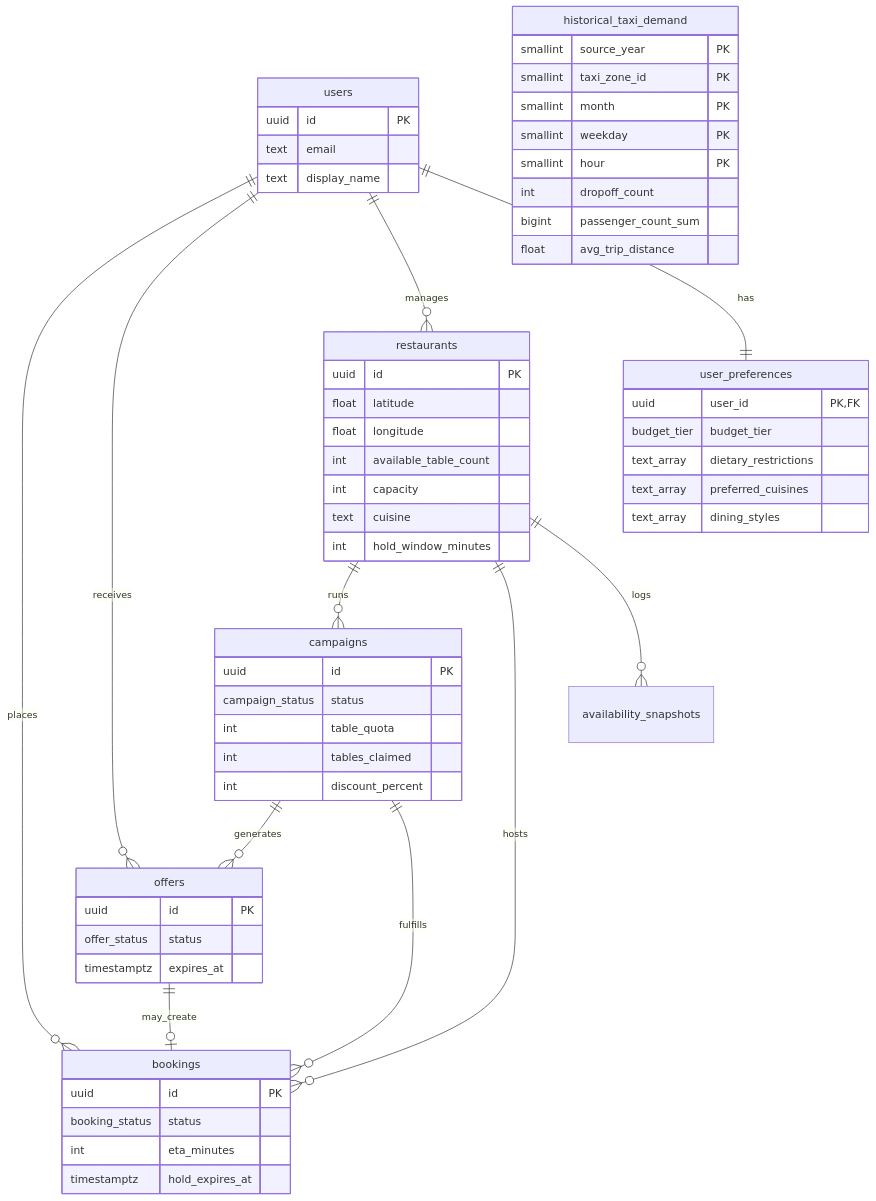
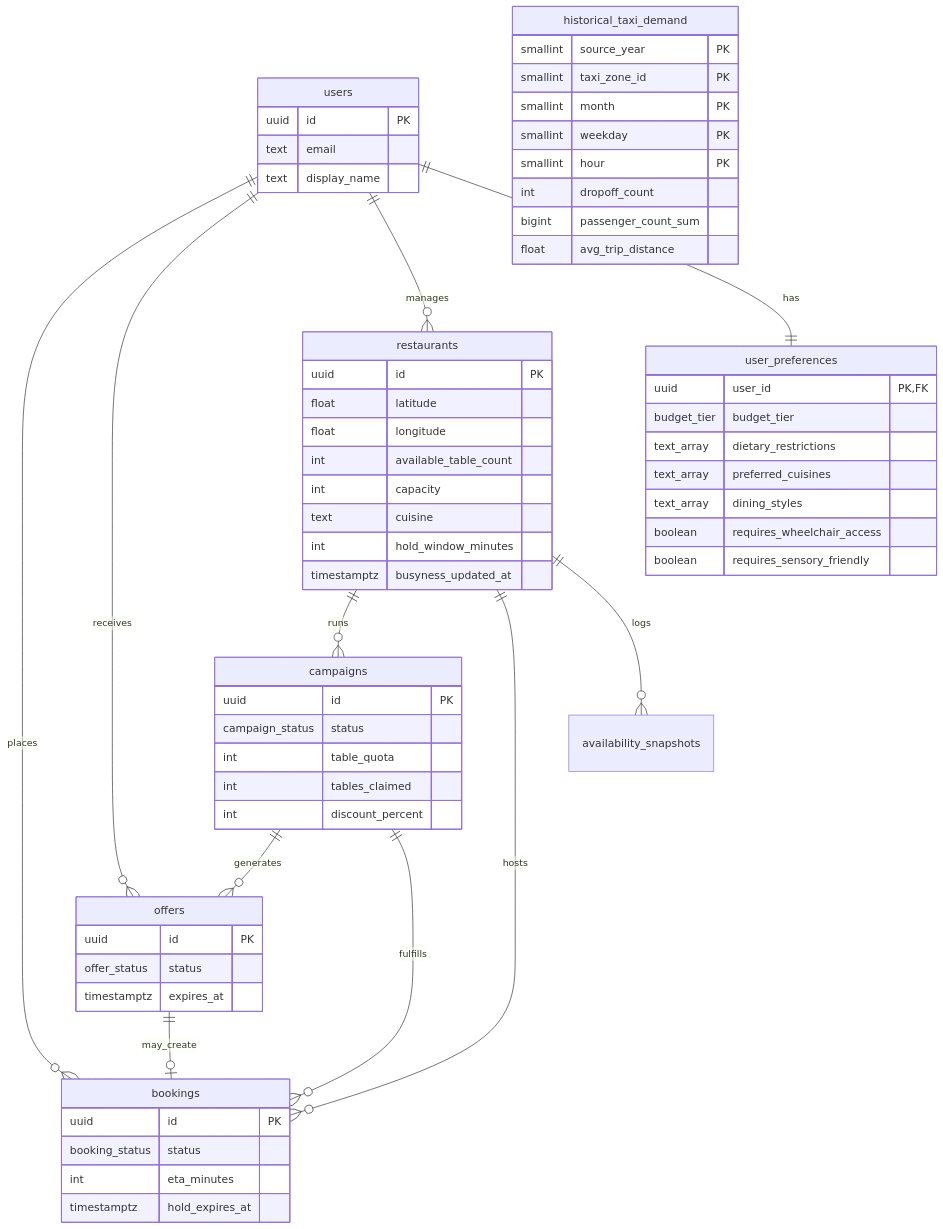
One commit to chukwuemekanwoke-jpg/comp47360-team2 changed the diagram in database/schema.md. Above: the diagram before and after it, drawn with Mermaid. The commit also changed other lines of this file and 1 other file, not shown here.

````diff
--- a/database/schema.md
+++ b/database/schema.md
@@ -7,69 +7,72 @@
 ```mermaid
 erDiagram
   users ||--o{ bookings : places
   users ||--o{ offers : receives
   users ||--o{ restaurants : manages
   users ||--|| user_preferences : has
   restaurants ||--o{ campaigns : runs
   restaurants ||--o{ bookings : hosts
   restaurants ||--o{ availability_snapshots : logs
   campaigns ||--o{ offers : generates
   campaigns ||--o{ bookings : fulfills
   offers ||--o| bookings : may_create
 
   users {
     uuid id PK
     text email
     text display_name
   }
 
   user_preferences {
     uuid user_id PK,FK
     budget_tier budget_tier
     text_array dietary_restrictions
     text_array preferred_cuisines
     text_array dining_styles
+    boolean requires_wheelchair_access
+    boolean requires_sensory_friendly
   }
 
   restaurants {
     uuid id PK
     float latitude
     float longitude
     int available_table_count
     int capacity
     text cuisine
     int hold_window_minutes
+    timestamptz busyness_updated_at
   }
 
   campaigns {
     uuid id PK
     campaign_status status
     int table_quota
     int tables_claimed
     int discount_percent
   }
 
   offers {
     uuid id PK
     offer_status status
     timestamptz expires_at
   }
 
   bookings {
     uuid id PK
     booking_status status
     int eta_minutes
     timestamptz hold_expires_at
   }
 
   historical_taxi_demand {
     smallint source_year PK
     smallint taxi_zone_id PK
     smallint month PK
     smallint weekday PK
     smallint hour PK
     int dropoff_count
     bigint passenger_count_sum
     float avg_trip_distance
   }
 ```
````
